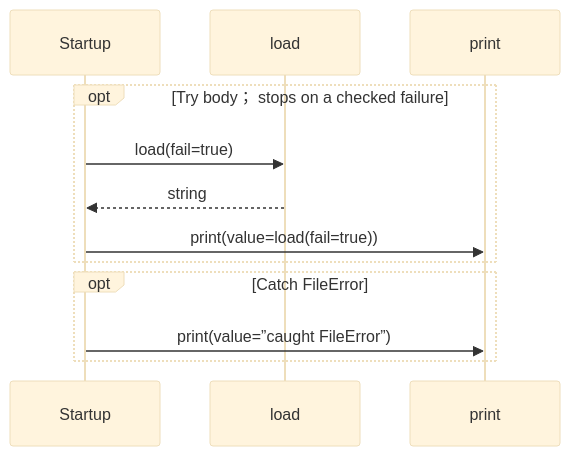
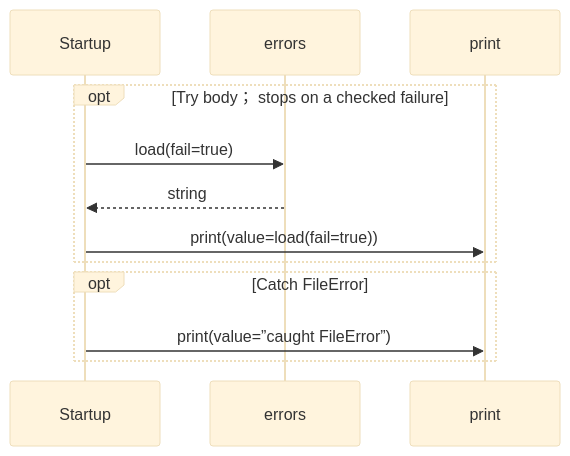
The second of 2 diagrams in docs/examples/errors/main-diagrams.md (GreenPandaStudios/augscript), drawn with Mermaid (base theme) before and after one commit. The commit also changed 200 other files, not shown here.

Commit message:
Group imported operations and wrap readable sequence messages

````diff
--- a/docs/examples/errors/main-diagrams.md
+++ b/docs/examples/errors/main-diagrams.md
@@ -39,14 +39,14 @@
 ```mermaid
 sequenceDiagram
     participant p0 as Startup
-    participant p1 as load
+    participant p1 as errors
     participant p2 as print
     opt Try body； stops on a checked failure
     p0->>p1: load(fail=true)
     p1-->>p0: string
     p0->>p2: print(value=load(fail=true))
     end
     opt Catch FileError
     p0->>p2: print(value=”caught FileError”)
     end
 ```
````
